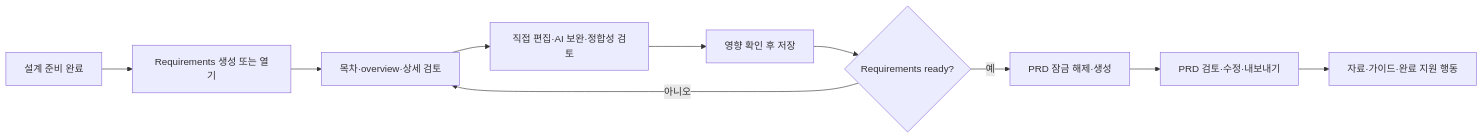
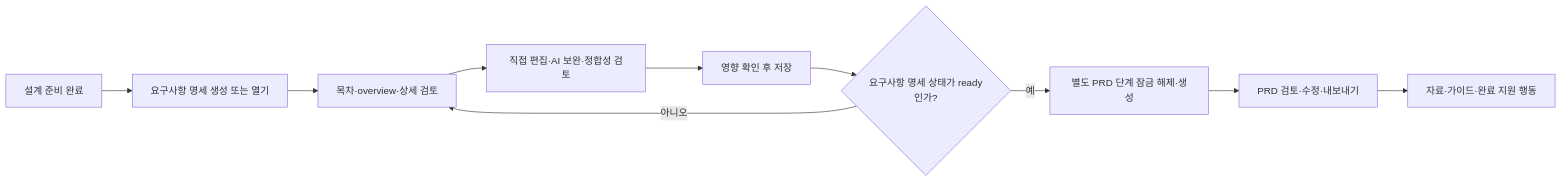
Before and after one commit to donghyunlee-dev/ai-agent-blueprint: the diagram in docs/tasks/UIR-PR-06/plan.md, drawn with Mermaid. The commit also changed other lines of this file and 46 other files, not shown here.

````diff
--- a/docs/tasks/UIR-PR-06/plan.md
+++ b/docs/tasks/UIR-PR-06/plan.md
@@ -41,12 +44,12 @@
 ```mermaid
 flowchart LR
-  A[설계 준비 완료] --> B[Requirements 생성 또는 열기]
+  A[설계 준비 완료] --> B[요구사항 명세 생성 또는 열기]
   B --> C[목차·overview·상세 검토]
   C --> D[직접 편집·AI 보완·정합성 검토]
   D --> E[영향 확인 후 저장]
-  E --> F{Requirements ready?}
+  E --> F{요구사항 명세 상태가 ready인가?}
   F -- 아니오 --> C
-  F -- 예 --> G[PRD 잠금 해제·생성]
+  F -- 예 --> G[별도 PRD 단계 잠금 해제·생성]
   G --> H[PRD 검토·수정·내보내기]
   H --> I[자료·가이드·완료 지원 행동]
 ```
````
